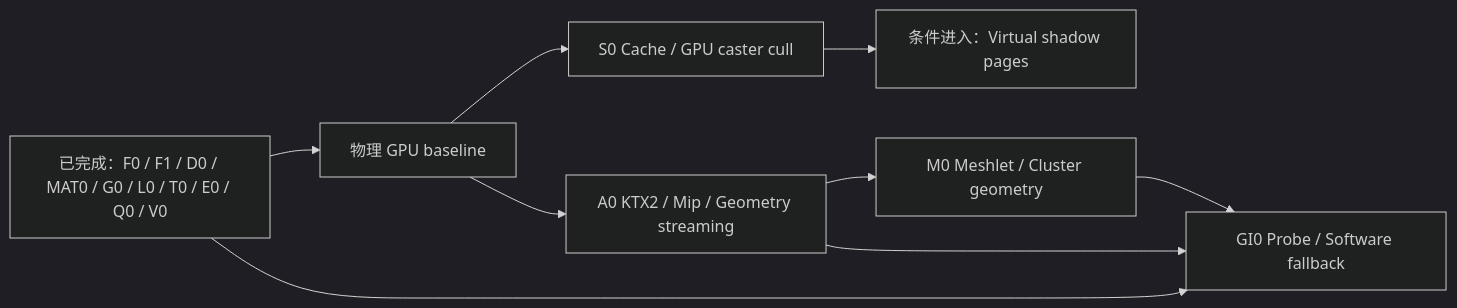
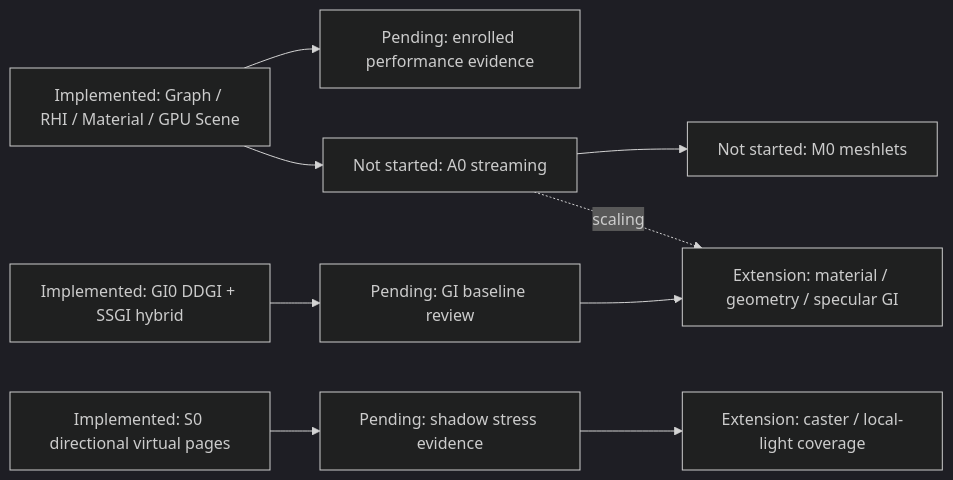
One commit to hiloteam/Hilo3d changed the diagram in documentation/MODERN_WEBGPU_RENDERING_ROADMAP.md. Above: the diagram before and after it, drawn with Mermaid (dark theme). The commit also changed other lines of this file and 66 other files, not shown here.

Commit message:
docs: refresh roadmap and publish AI documentation

````diff
--- a/documentation/MODERN_WEBGPU_RENDERING_ROADMAP.md
+++ b/documentation/MODERN_WEBGPU_RENDERING_ROADMAP.md
@@ -916,11 +36,11 @@
 ```mermaid
 flowchart LR
-  DONE["已完成：F0 / F1 / D0 / MAT0 / G0 / L0 / T0 / E0 / Q0 / V0"] --> PERF["物理 GPU baseline"]
-  PERF --> S0["S0 Cache / GPU caster cull"]
-  PERF --> A0["A0 KTX2 / Mip / Geometry streaming"]
-  S0 --> VSM["条件进入：Virtual shadow pages"]
-  A0 --> M0
-  M0["M0 Meshlet / Cluster geometry"] --> GI0["GI0 Probe / Software fallback"]
-  DONE --> GI0
-  A0 --> GI0
+  CORE["Implemented: Graph / RHI / Material / GPU Scene"] --> PERF["Pending: enrolled performance evidence"]
+  CORE --> A["Not started: A0 streaming"]
+  A --> M["Not started: M0 meshlets"]
+  S["Implemented: S0 directional virtual pages"] --> SP["Pending: shadow stress evidence"]
+  GI["Implemented: GI0 DDGI + SSGI hybrid"] --> GP["Pending: GI baseline review"]
+  SP --> SX["Extension: caster / local-light coverage"]
+  GP --> GX["Extension: material / geometry / specular GI"]
+  A -. scaling .-> GX
 ```
````
